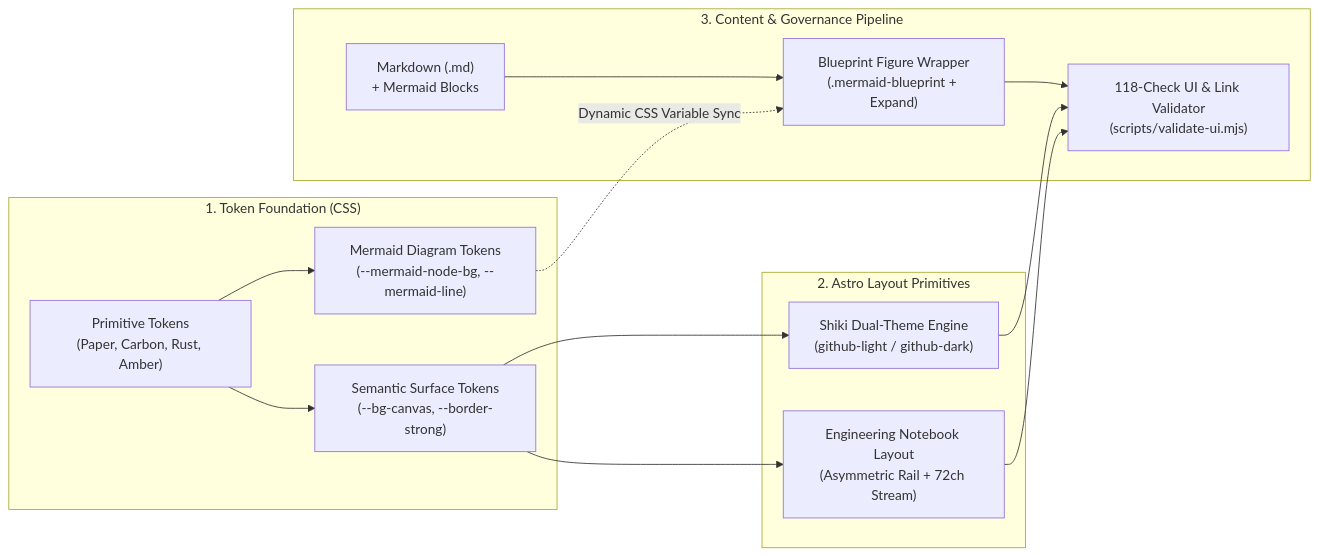
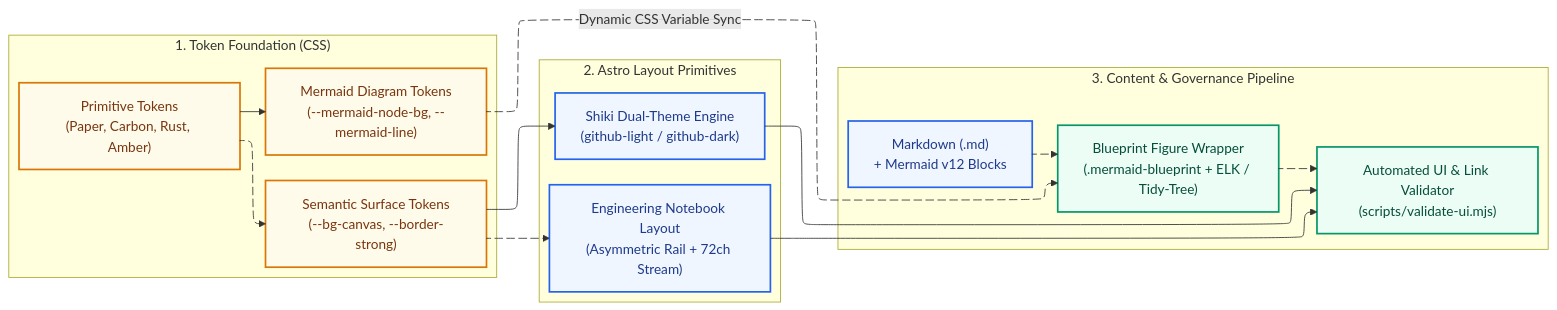
The diagram in src/content/foundry/engineering-this-monograph.md (kumarshaz/kumarshaz.github.io), drawn with Mermaid before and after one commit. The commit also changed other lines of this file and 22 other files, not shown here.

Commit message:
feat(blog): review 6 new posts, add hero banners, and upgrade Mermaid v12 with ELK & Tidy-Tree

````diff
--- a/src/content/foundry/engineering-this-monograph.md
+++ b/src/content/foundry/engineering-this-monograph.md
@@ -26,20 +26,42 @@
 ```mermaid
+---
+config:
+  layout: elk
+---
 flowchart LR
+    classDef token fill:#FFFBEB,stroke:#D97706,stroke-width:2px,color:#78350F
+    classDef layout fill:#EFF6FF,stroke:#2563EB,stroke-width:2px,color:#1E3A8A
+    classDef gate fill:#ECFDF5,stroke:#059669,stroke-width:2px,color:#064E3B
+
     subgraph Layer1["1. Token Foundation (CSS)"]
-        PT["Primitive Tokens<br/>(Paper, Carbon, Rust, Amber)"] --> ST["Semantic Surface Tokens<br/>(--bg-canvas, --border-strong)"]
-        PT --> MT["Mermaid Diagram Tokens<br/>(--mermaid-node-bg, --mermaid-line)"]
+        PT["Primitive Tokens<br/>(Paper, Carbon, Rust, Amber)"]:::token
+        ST["Semantic Surface Tokens<br/>(--bg-canvas, --border-strong)"]:::token
+        MT["Mermaid Diagram Tokens<br/>(--mermaid-node-bg, --mermaid-line)"]:::token
+        PT e1@--> ST
+        PT e2@--> MT
     end
 
     subgraph Layer2["2. Astro Layout Primitives"]
-        ST --> NB["Engineering Notebook Layout<br/>(Asymmetric Rail + 72ch Stream)"]
-        ST --> SH["Shiki Dual-Theme Engine<br/>(github-light / github-dark)"]
+        NB["Engineering Notebook Layout<br/>(Asymmetric Rail + 72ch Stream)"]:::layout
+        SH["Shiki Dual-Theme Engine<br/>(github-light / github-dark)"]:::layout
+        ST e3@--> NB
+        ST e4@--> SH
     end
 
     subgraph Layer3["3. Content & Governance Pipeline"]
-        MD["Markdown (.md)<br/>+ Mermaid Blocks"] --> MF["Blueprint Figure Wrapper<br/>(.mermaid-blueprint + Expand)"]
-        MT -.->|"Dynamic CSS Variable Sync"| MF
-        NB --> VG["118-Check UI & Link Validator<br/>(scripts/validate-ui.mjs)"]
+        MD["Markdown (.md)<br/>+ Mermaid v12 Blocks"]:::layout
+        MF["Blueprint Figure Wrapper<br/>(.mermaid-blueprint + ELK / Tidy-Tree)"]:::gate
+        VG["Automated UI & Link Validator<br/>(scripts/validate-ui.mjs)"]:::gate
+        MD e5@--> MF
+        MT e6@-.->|"Dynamic CSS Variable Sync"| MF
+        NB e7@--> VG
         SH --> VG
-        MF --> VG
+        MF e8@--> VG
     end
+
+    e1@{ animate: true }
+    e3@{ animate: true }
+    e5@{ animate: true }
+    e6@{ animate: true }
+    e8@{ animate: true }
 ```
````
